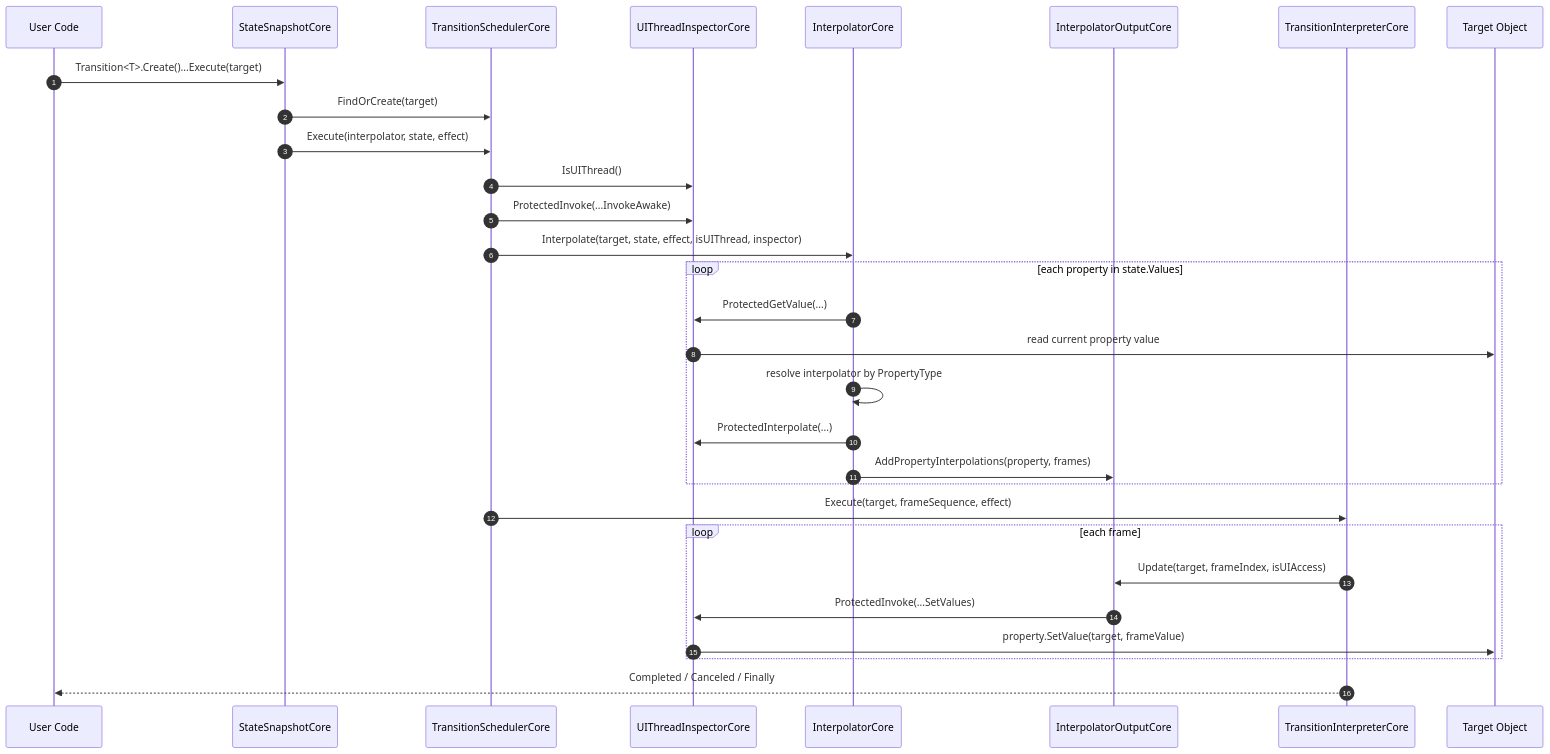
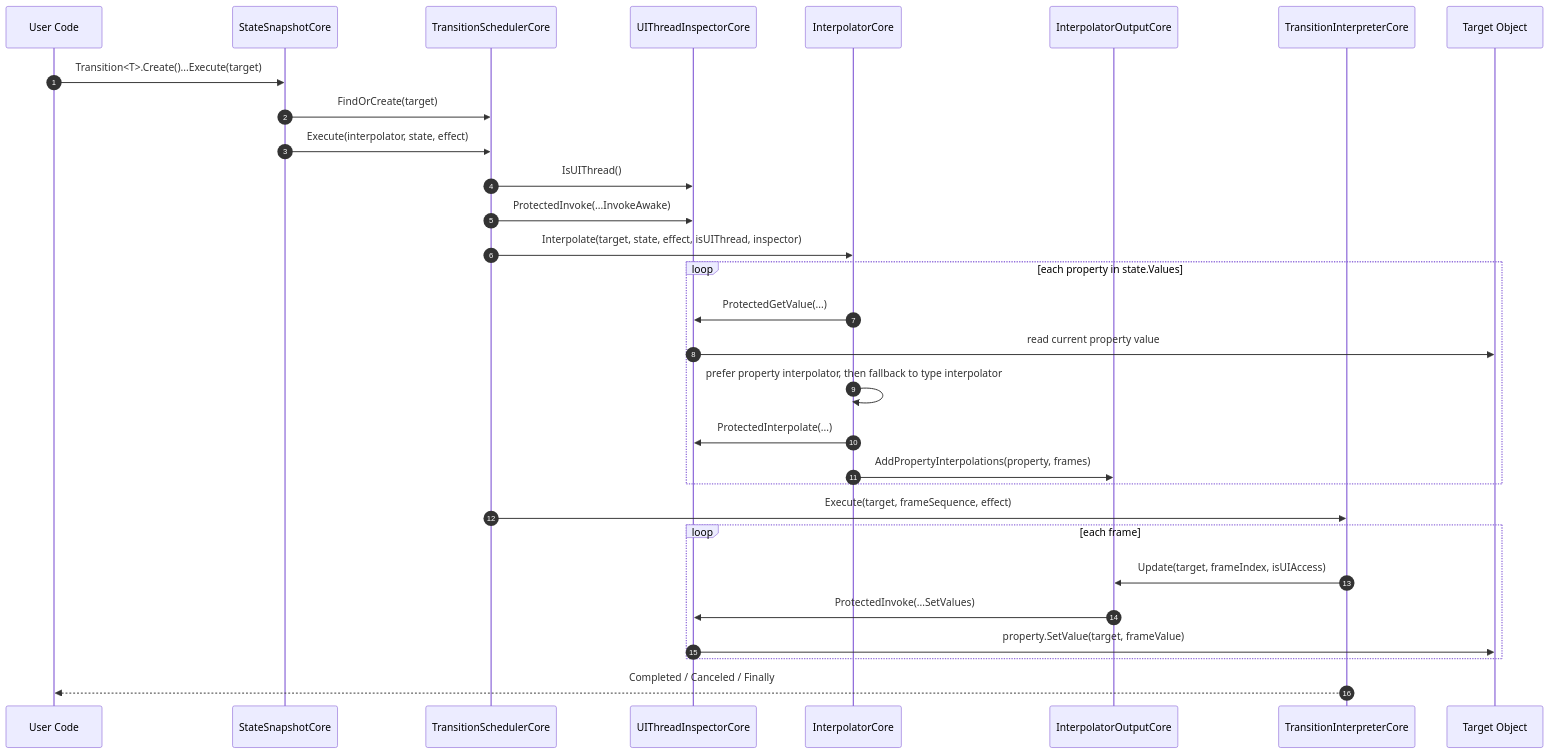
The diagram in Examples/Transition/README.md (Axvser/VeloxDev), drawn with Mermaid before and after one commit. The commit also changed other lines of this file and 12 other files, not shown here.

````diff
--- a/Examples/Transition/README.md
+++ b/Examples/Transition/README.md
@@ -265,37 +265,37 @@
 ```mermaid
 sequenceDiagram
     autonumber
     participant U as User Code
     participant S as StateSnapshotCore
     participant SC as TransitionSchedulerCore
     participant UI as UIThreadInspectorCore
     participant I as InterpolatorCore
     participant O as InterpolatorOutputCore
     participant TI as TransitionInterpreterCore
     participant T as Target Object
 
     U->>S: Transition<T>.Create()...Execute(target)
     S->>SC: FindOrCreate(target)
     S->>SC: Execute(interpolator, state, effect)
     SC->>UI: IsUIThread()
     SC->>UI: ProtectedInvoke(...InvokeAwake)
     SC->>I: Interpolate(target, state, effect, isUIThread, inspector)
 
     loop each property in state.Values
         I->>UI: ProtectedGetValue(...)
         UI->>T: read current property value
-        I->>I: resolve interpolator by PropertyType
+        I->>I: prefer property interpolator, then fallback to type interpolator
         I->>UI: ProtectedInterpolate(...)
         I->>O: AddPropertyInterpolations(property, frames)
     end
 
     SC->>TI: Execute(target, frameSequence, effect)
 
     loop each frame
         TI->>O: Update(target, frameIndex, isUIAccess)
         O->>UI: ProtectedInvoke(...SetValues)
         UI->>T: property.SetValue(target, frameValue)
     end
 
     TI-->>U: Completed / Canceled / Finally
 ```
````
